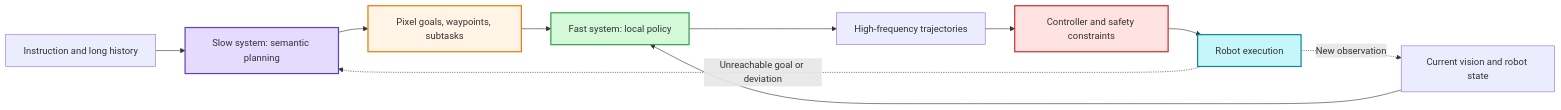
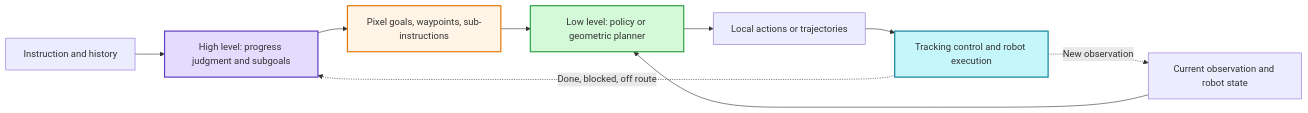
The fifth of 14 diagrams in _translations/en/research/VLN-Survey.md (TingdeLiu/tingdeliu.github.io), drawn with Mermaid before and after one commit. The commit also changed other lines of this file and 2 other files, not shown here.

````diff
--- a/_translations/en/research/VLN-Survey.md
+++ b/_translations/en/research/VLN-Survey.md
@@ -329,18 +333,16 @@
 ```mermaid
 flowchart LR
-    I["Instruction and long history"] --> S2["Slow system: semantic planning"]
-    S2 --> G["Pixel goals, waypoints, subtasks"]
-    O["Current vision and robot state"] --> S1["Fast system: local policy"]
+    I["Instruction and history"] --> S2["High level: progress judgment and subgoals"]
+    S2 --> G["Pixel goals, waypoints, sub-instructions"]
+    O["Current observation and robot state"] --> S1["Low level: policy or geometric planner"]
     G --> S1
-    S1 --> T["High-frequency trajectories"]
-    T --> C["Controller and safety constraints"]
-    C --> R["Robot execution"]
-    R -.->|Unreachable goal or deviation| S2
-    R -.->|New observation| O
+    S1 --> T["Local actions or trajectories"]
+    T --> C["Tracking control and robot execution"]
+    C -.->|New observation| O
+    C -.->|Done, blocked, off route| S2
 
     style S2 fill:#e5dbff,stroke:#5f3dc4,stroke-width:2px
     style G fill:#fff4e6,stroke:#e67700,stroke-width:2px
     style S1 fill:#d3f9d8,stroke:#2f9e44,stroke-width:2px
-    style C fill:#ffe3e3,stroke:#c92a2a,stroke-width:2px
-    style R fill:#c5f6fa,stroke:#0c8599,stroke-width:2px
+    style C fill:#c5f6fa,stroke:#0c8599,stroke-width:2px
 ```
````
